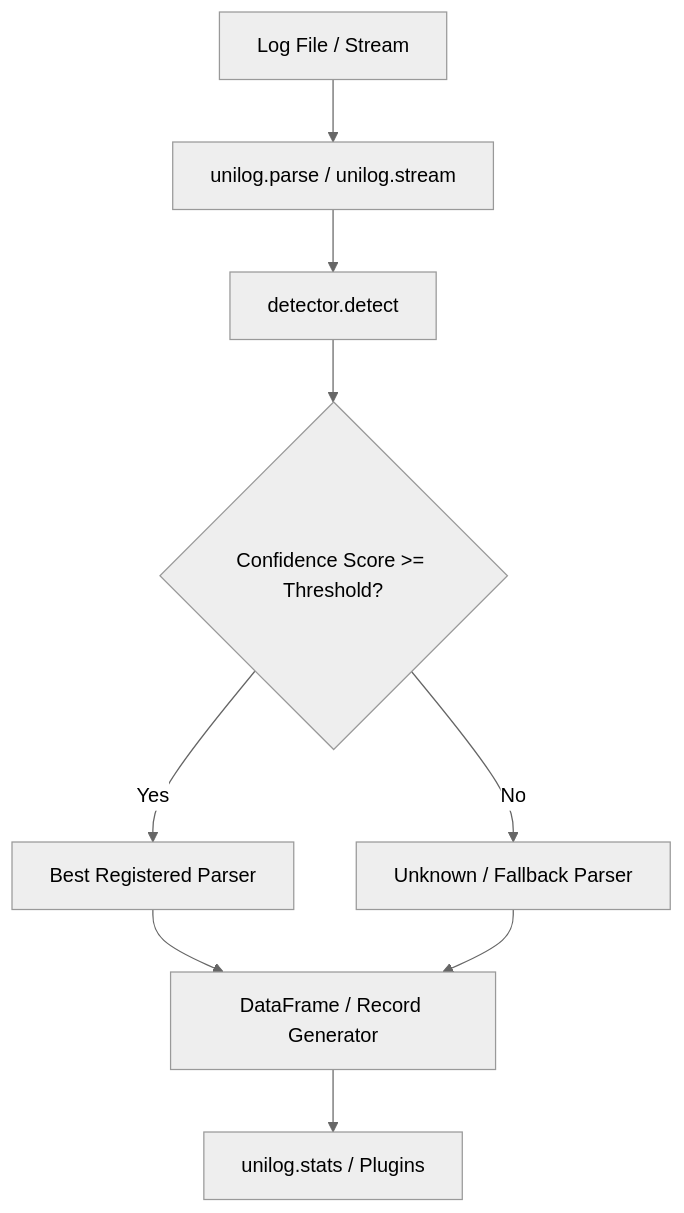
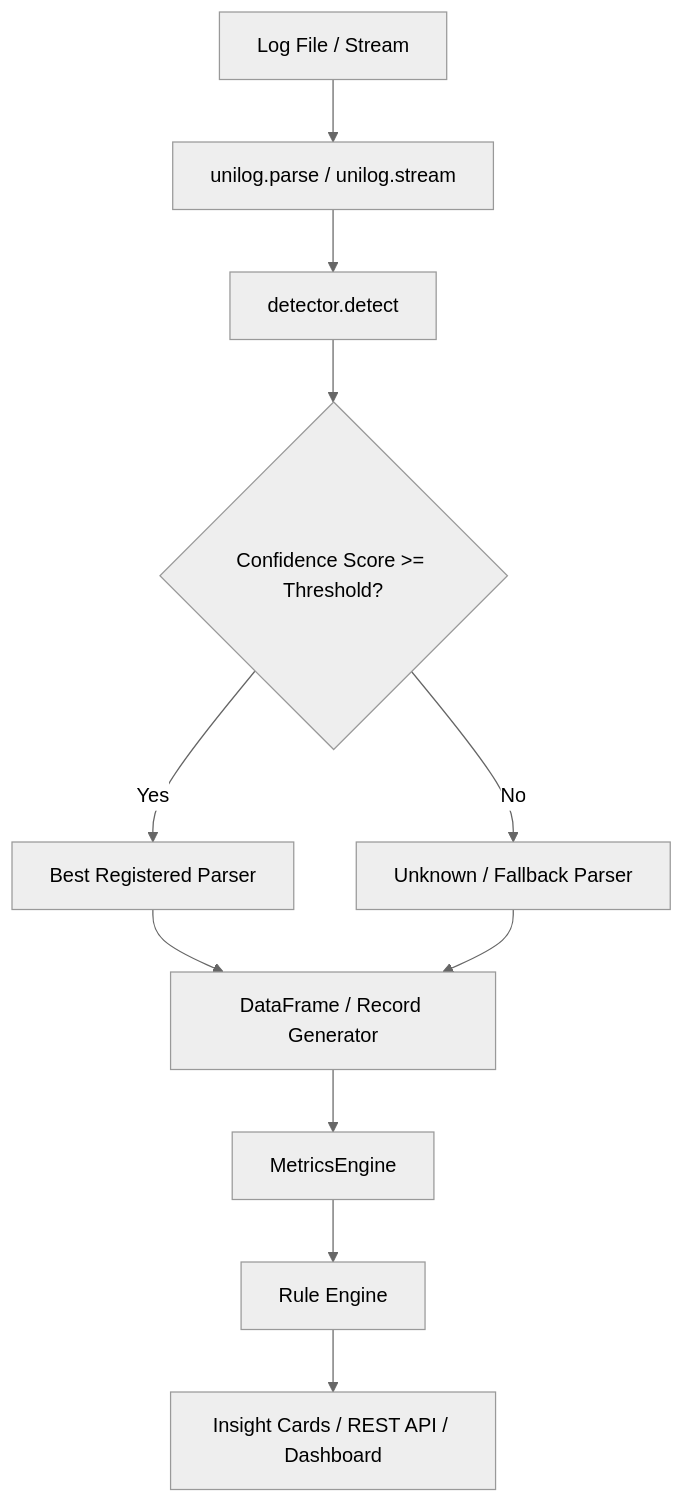
Before and after one commit to Asterioxer/unilog: the first of 3 diagrams in README.md, drawn with Mermaid (neutral theme). The commit also changed other lines of this file, not shown here.

Commit message:
docs: rewrite README with full analytics pipeline, rule engine, all analyzers, and React dashboard sections

````diff
--- a/README.md
+++ b/README.md
@@ -18,11 +24,13 @@
 ```mermaid
 flowchart TD
     A[Log File / Stream] --> B[unilog.parse / unilog.stream]
     B --> C[detector.detect]
     C --> D{Confidence Score >= Threshold?}
     D -- Yes --> E[Best Registered Parser]
     D -- No --> F[Unknown / Fallback Parser]
     E --> G[DataFrame / Record Generator]
     F --> G
-    G --> H[unilog.stats / Plugins]
+    G --> H[MetricsEngine]
+    H --> I[Rule Engine]
+    I --> J[Insight Cards / REST API / Dashboard]
 ```
````
